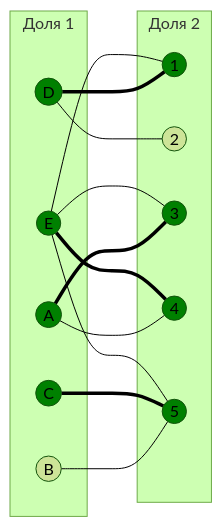
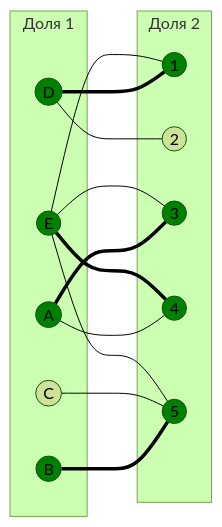
One commit to hse-algo-psapr-25/manual-tasks changed the sixth of 10 diagrams in Задание 14/qwerty.md. Above: the diagram before and after it, drawn with Mermaid (forest theme). The commit also changed other lines of this file, not shown here.

````diff
--- a/Задание 14/qwerty.md
+++ b/Задание 14/qwerty.md
@@ -245,36 +245,36 @@
 ```mermaid
 graph LR
     subgraph "Доля 1"
         A((A))
         B((B))
         C((C))
         D((D))
         E((E))
     end
     subgraph "Доля 2"
         1((1))
         2((2))
         3((3))
         4((4))
         5((5))
     end
     A === 3
     A --- 4
-    B --- 5
-    C === 5
+    B === 5
+    C --- 5
     D === 1
     D --- 2
     E --- 1
     E --- 3
     E === 4
     E --- 5
 
     style A fill:#008000
-    style C fill:#008000
+    style B fill:#008000
     style D fill:#008000
     style E fill:#008000
     style 1 fill:#008000
     style 3 fill:#008000
     style 4 fill:#008000
     style 5 fill:#008000
 ```
````
